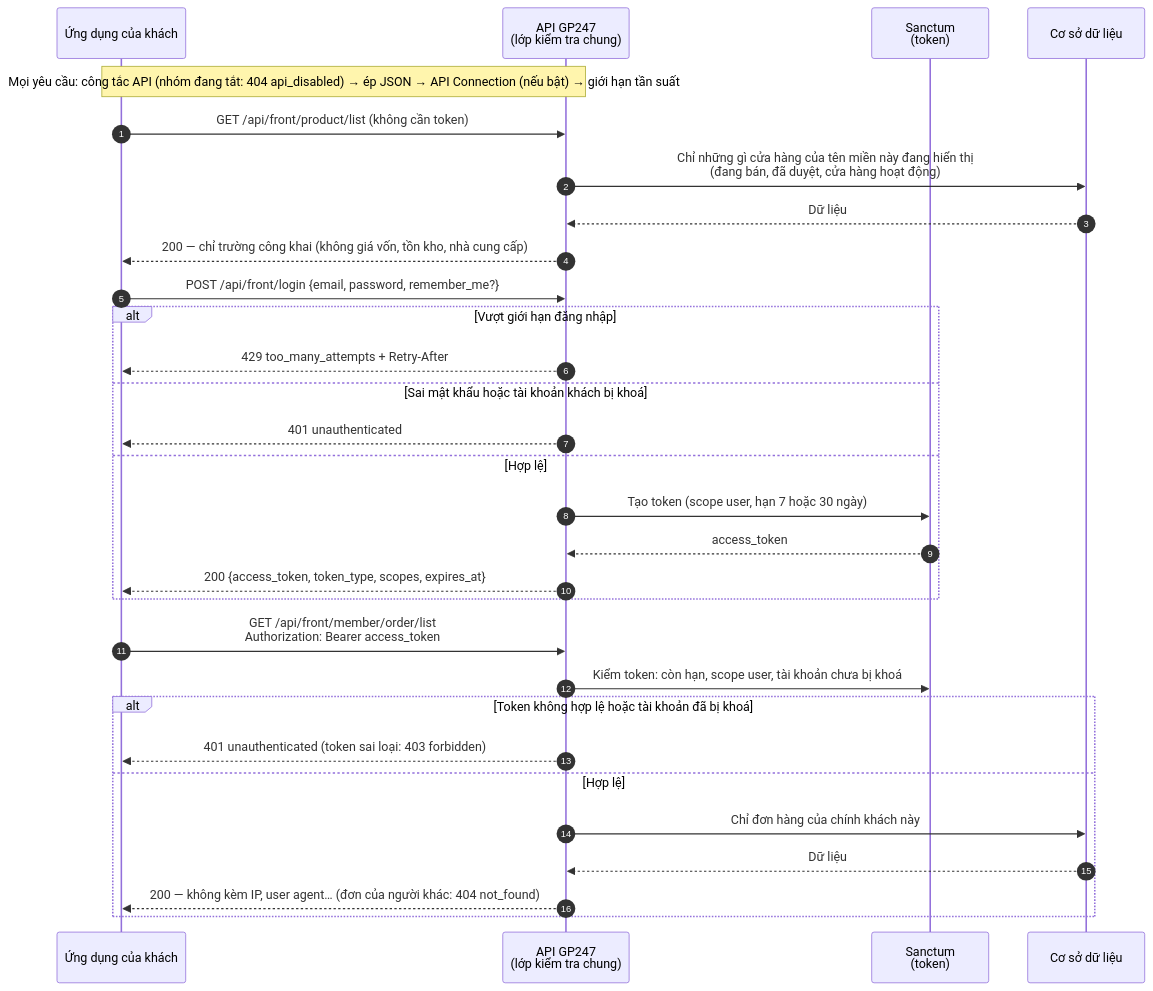
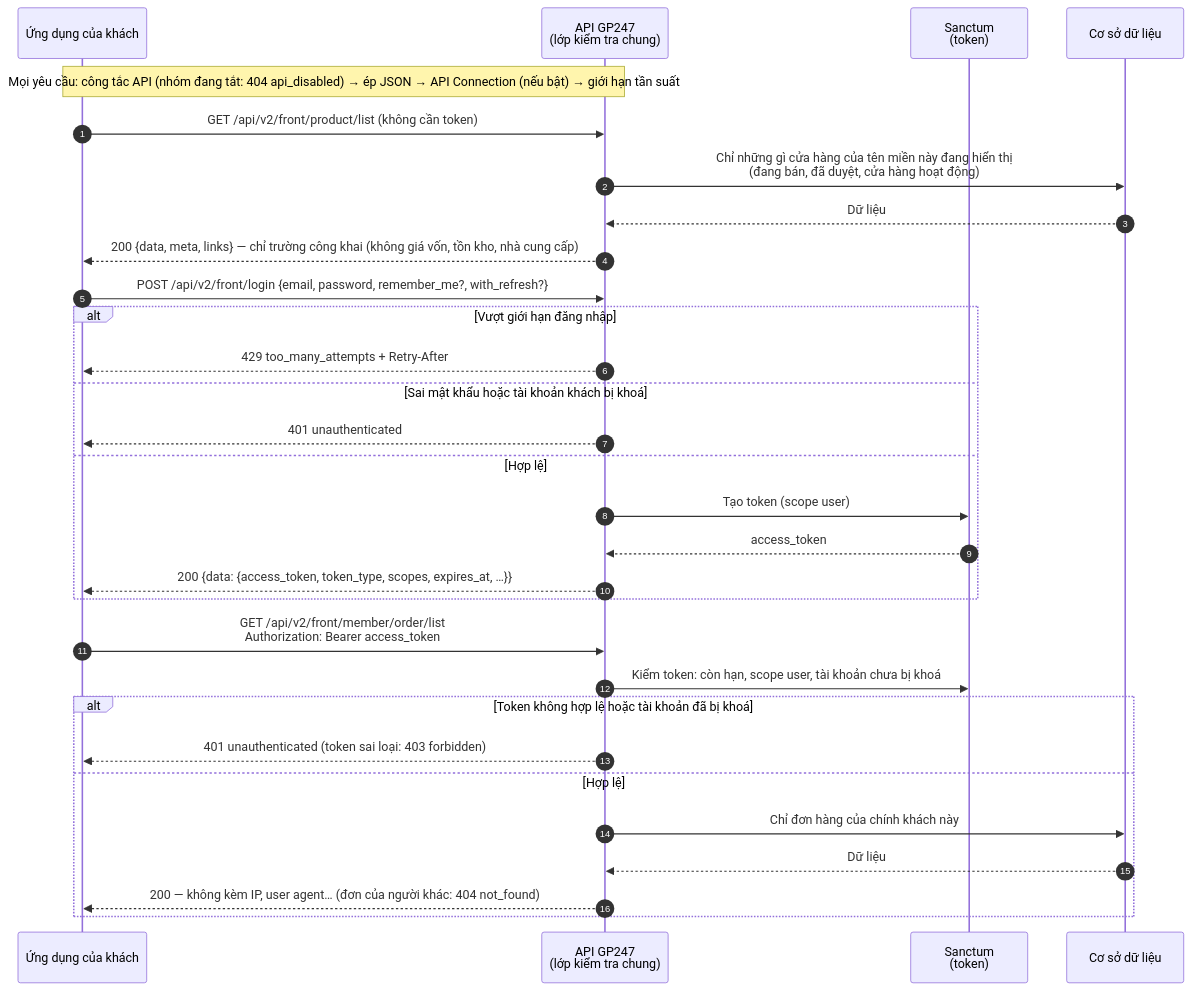
The third of 7 diagrams in api/api-introduction_vi.md (gp247net/gp247-docs), drawn with Mermaid before and after one commit. The commit also changed other lines of this file and 13 other files, not shown here.

````diff
--- a/api/api-introduction_vi.md
+++ b/api/api-introduction_vi.md
@@ -298,32 +460,32 @@
 ```mermaid
 sequenceDiagram
     autonumber
     participant K as Ứng dụng của khách
     participant M as API GP247<br/>(lớp kiểm tra chung)
     participant S as Sanctum<br/>(token)
     participant D as Cơ sở dữ liệu
     Note over K,M: Mọi yêu cầu: công tắc API (nhóm đang tắt: 404 api_disabled) → ép JSON → API Connection (nếu bật) → giới hạn tần suất
-    K->>M: GET /api/front/product/list (không cần token)
+    K->>M: GET /api/v2/front/product/list (không cần token)
     M->>D: Chỉ những gì cửa hàng của tên miền này đang hiển thị<br/>(đang bán, đã duyệt, cửa hàng hoạt động)
     D-->>M: Dữ liệu
-    M-->>K: 200 — chỉ trường công khai (không giá vốn, tồn kho, nhà cung cấp)
-    K->>M: POST /api/front/login {email, password, remember_me?}
+    M-->>K: 200 {data, meta, links} — chỉ trường công khai (không giá vốn, tồn kho, nhà cung cấp)
+    K->>M: POST /api/v2/front/login {email, password, remember_me?, with_refresh?}
     alt Vượt giới hạn đăng nhập
         M-->>K: 429 too_many_attempts + Retry-After
     else Sai mật khẩu hoặc tài khoản khách bị khoá
         M-->>K: 401 unauthenticated
     else Hợp lệ
-        M->>S: Tạo token (scope user, hạn 7 hoặc 30 ngày)
+        M->>S: Tạo token (scope user)
         S-->>M: access_token
-        M-->>K: 200 {access_token, token_type, scopes, expires_at}
+        M-->>K: 200 {data: {access_token, token_type, scopes, expires_at, …}}
     end
-    K->>M: GET /api/front/member/order/list<br/>Authorization: Bearer access_token
+    K->>M: GET /api/v2/front/member/order/list<br/>Authorization: Bearer access_token
     M->>S: Kiểm token: còn hạn, scope user, tài khoản chưa bị khoá
     alt Token không hợp lệ hoặc tài khoản đã bị khoá
         M-->>K: 401 unauthenticated (token sai loại: 403 forbidden)
     else Hợp lệ
         M->>D: Chỉ đơn hàng của chính khách này
         D-->>M: Dữ liệu
         M-->>K: 200 — không kèm IP, user agent… (đơn của người khác: 404 not_found)
     end
 ```
````
